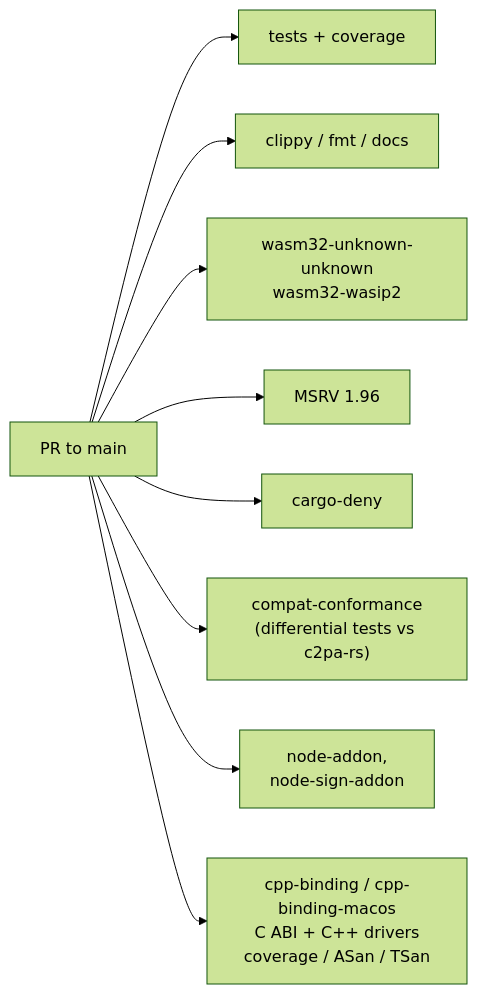
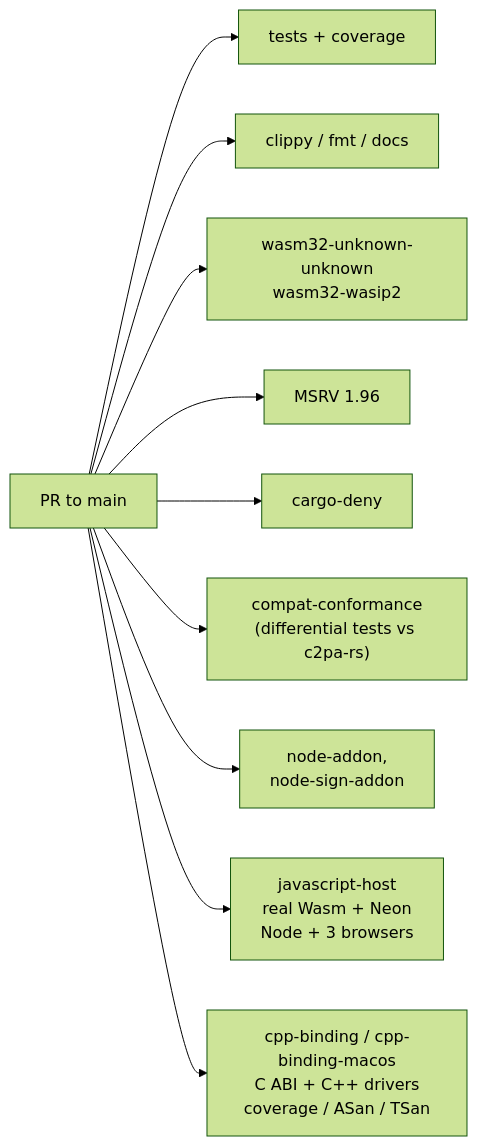
Before and after one commit to scouten/state-machine-experiment: the second of 2 diagrams in docs/walkthrough/07-proof-and-ci.md, drawn with Mermaid (forest theme). The commit also changed other lines of this file and 15 other files, not shown here.

````diff
--- a/docs/walkthrough/07-proof-and-ci.md
+++ b/docs/walkthrough/07-proof-and-ci.md
@@ -42,11 +46,12 @@
 ```mermaid
 flowchart LR
     PR[PR to main] --> T[tests + coverage]
     PR --> L["clippy / fmt / docs"]
     PR --> W["wasm32-unknown-unknown<br/>wasm32-wasip2"]
     PR --> M[MSRV 1.96]
     PR --> D[cargo-deny]
     PR --> C["compat-conformance<br/>(differential tests vs c2pa-rs)"]
     PR --> N["node-addon,<br/>node-sign-addon"]
+    PR --> JS["javascript-host<br/>real Wasm + Neon<br/>Node + 3 browsers"]
     PR --> CPP["cpp-binding / cpp-binding-macos<br/>C ABI + C++ drivers<br/>coverage / ASan / TSan"]
 ```
````
